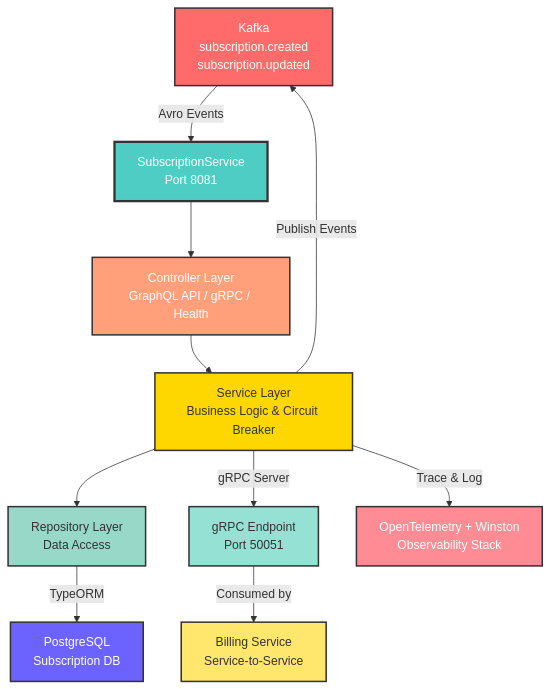
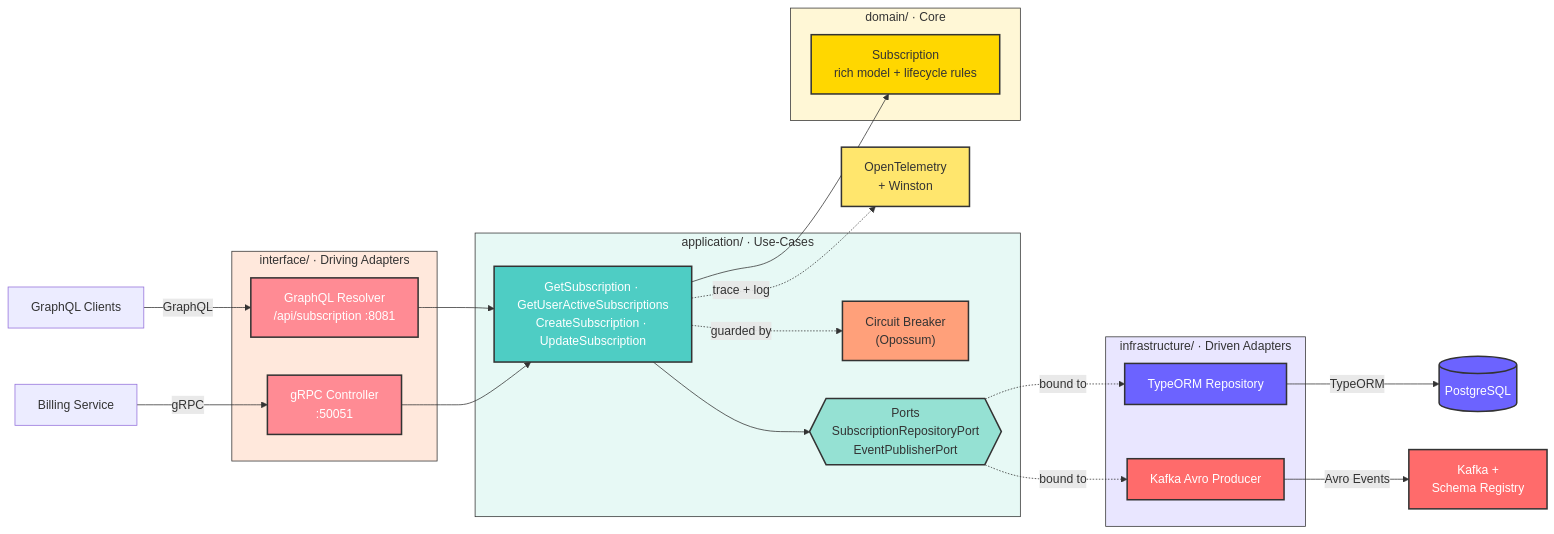
The diagram in README.md (huzaifa678/subscription-service), drawn with Mermaid before and after one commit. The commit also changed other lines of this file, not shown here.

Commit message:
docs: update README to reflect DDD architecture and new module structure

````diff
--- a/README.md
+++ b/README.md
@@ -13,28 +20,61 @@
 ```mermaid
-graph TD
-    A["Kafka<br/>subscription.created<br/>subscription.updated"] -->|Avro Events| B["SubscriptionService<br/>Port 8081"]
-    
-    B --> C["Controller Layer<br/>GraphQL API / gRPC / Health"]
-    
-    C --> D["Service Layer<br/>Business Logic & Circuit Breaker"]
-    
-    D --> E["Repository Layer<br/>Data Access"]
-    
-    E -->|TypeORM| F["PostgreSQL<br/>Subscription DB"]
-    
-    D -->|gRPC Server| H["gRPC Endpoint<br/>Port 50051"]
-    D -->|Publish Events| A
-    D -->|Trace & Log| I["OpenTelemetry + Winston<br/>Observability Stack"]
-    
-    H -->|Consumed by| J["Billing Service<br/>Service-to-Service"]
-    
-    style A fill:#FF6B6B,stroke:#333,color:#fff,stroke-width:2px
-    style B fill:#4ECDC4,stroke:#333,color:#fff,stroke-width:3px
-    style C fill:#FFA07A,stroke:#333,color:#fff,stroke-width:2px
-    style D fill:#FFD700,stroke:#333,color:#333,stroke-width:2px
-    style E fill:#98D8C8,stroke:#333,color:#333,stroke-width:2px
-    style F fill:#6C63FF,stroke:#333,color:#fff,stroke-width:2px
-    style H fill:#95E1D3,stroke:#333,color:#333,stroke-width:2px
-    style I fill:#FF8B94,stroke:#333,color:#fff,stroke-width:2px
-    style J fill:#FFE66D,stroke:#333,color:#333,stroke-width:2px
+graph LR
+    Clients["GraphQL Clients"]
+    Billing["Billing Service"]
+
+    subgraph Interface["interface/ · Driving Adapters"]
+        GQL["GraphQL Resolver<br/>/api/subscription :8081"]
+        GRPC["gRPC Controller<br/>:50051"]
+    end
+
+    subgraph Application["application/ · Use-Cases"]
+        UC["GetSubscription · GetUserActiveSubscriptions<br/>CreateSubscription · UpdateSubscription"]
+        CB["Circuit Breaker<br/>(Opossum)"]
+        PORTS{{"Ports<br/>SubscriptionRepositoryPort<br/>EventPublisherPort"}}
+    end
+
+    subgraph Domain["domain/ · Core"]
+        DOM["Subscription<br/>rich model + lifecycle rules"]
+    end
+
+    subgraph Infrastructure["infrastructure/ · Driven Adapters"]
+        REPO["TypeORM Repository"]
+        PROD["Kafka Avro Producer"]
+    end
+
+    PG[("PostgreSQL")]
+    KAFKA["Kafka +<br/>Schema Registry"]
+    OTEL["OpenTelemetry<br/>+ Winston"]
+
+    Clients -->|GraphQL| GQL
+    Billing -->|gRPC| GRPC
+
+    GQL --> UC
+    GRPC --> UC
+    UC --> DOM
+    UC -. guarded by .-> CB
+    UC --> PORTS
+
+    PORTS -. bound to .-> REPO
+    PORTS -. bound to .-> PROD
+
+    REPO -->|TypeORM| PG
+    PROD -->|Avro Events| KAFKA
+    UC -.->|trace + log| OTEL
+
+    style Domain fill:#FFF7D6,stroke:#333,color:#333
+    style Application fill:#E7F9F5,stroke:#333,color:#333
+    style Interface fill:#FFE8DC,stroke:#333,color:#333
+    style Infrastructure fill:#E9E6FF,stroke:#333,color:#333
+    style DOM fill:#FFD700,stroke:#333,color:#333,stroke-width:2px
+    style UC fill:#4ECDC4,stroke:#333,color:#fff,stroke-width:2px
+    style PORTS fill:#95E1D3,stroke:#333,color:#333,stroke-width:2px
+    style CB fill:#FFA07A,stroke:#333,color:#333,stroke-width:2px
+    style GQL fill:#FF8B94,stroke:#333,color:#fff,stroke-width:2px
+    style GRPC fill:#FF8B94,stroke:#333,color:#fff,stroke-width:2px
+    style REPO fill:#6C63FF,stroke:#333,color:#fff,stroke-width:2px
+    style PROD fill:#FF6B6B,stroke:#333,color:#fff,stroke-width:2px
+    style PG fill:#6C63FF,stroke:#333,color:#fff,stroke-width:2px
+    style KAFKA fill:#FF6B6B,stroke:#333,color:#fff,stroke-width:2px
+    style OTEL fill:#FFE66D,stroke:#333,color:#333,stroke-width:2px
 ```
````
